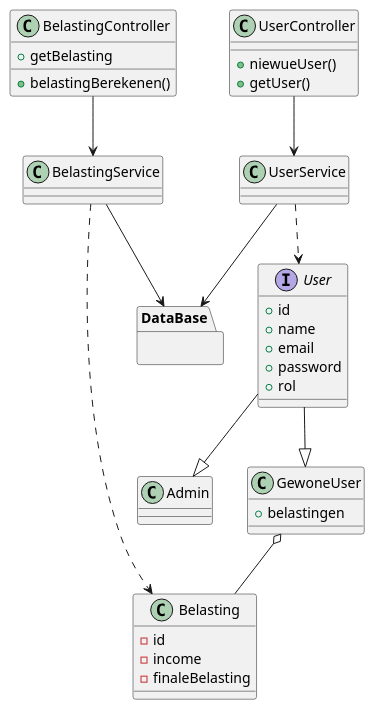
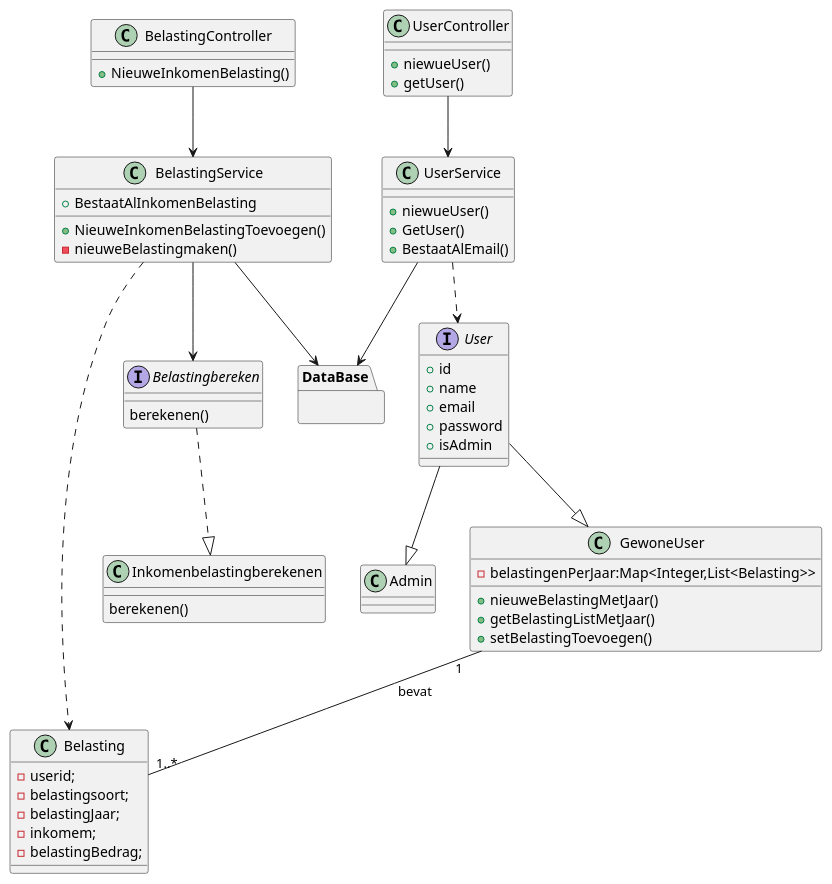
Before and after one commit to 22Bassel/MiniBelastingdienst: the diagram in src/Diagram.puml, drawn with PlantUML. The commit also changed 8 other files, not shown here.

Commit message:
Diagram verbeteren(aanpassen aan de code) + refactor(rename)

```diff
--- a/src/Diagram.puml
+++ b/src/Diagram.puml
@@ -1,71 +1,96 @@
 @startuml
 
 ' *** controlers ***
 class UserController{
 +niewueUser()
 +getUser()
 }
 
 class BelastingController{
-+belastingBerekenen()
-+getBelasting
++NieuweInkomenBelasting()
 }
 
 '-----------------
 
 
 
 ' *** Services ***
 class UserService{
++niewueUser()
++GetUser()
++BestaatAlEmail()
 }
 
 class BelastingService{
++NieuweInkomenBelastingToevoegen()
+-nieuweBelastingmaken()
++BestaatAlInkomenBelasting
 }
 
+'*** package belastingbereken ***
+interface Belastingbereken{
+berekenen()
+}
+
+class Inkomenbelastingberekenen{
+berekenen()
+}
 '-----------------
 
 
 
 ' *** models ***
 interface User{
 +id
 +name
 +email
 +password
-+rol
++isAdmin
+
 }
 
 class Admin{
 }
+
 class GewoneUser{
-+belastingen
+  -belastingenPerJaar:Map<Integer,List<Belasting>>
+
+  +nieuweBelastingMetJaar()
+  +getBelastingListMetJaar()
+  +setBelastingToevoegen()
+
 }
 
 class Belasting{
--id
--income
--finaleBelasting
+ -userid;
+ -belastingsoort;
+ -belastingJaar;
+ -inkomem;
+ -belastingBedrag;
 }
 
 '-----------------
 
 
 ' *** DataBase ***
 package DataBase{}
 
 ' *** Relations ***
 User--|>GewoneUser
 User--|>Admin
 
-GewoneUser o-- Belasting
+GewoneUser "1" -- "1..*" Belasting : bevat
 
 UserController-->UserService
 BelastingController-->BelastingService
 
 UserService..>User
 BelastingService..>Belasting
 
+Belastingbereken..|>Inkomenbelastingberekenen
+BelastingService-->Belastingbereken
+
 UserService-->DataBase
 BelastingService-->DataBase
 
 @enduml
```
